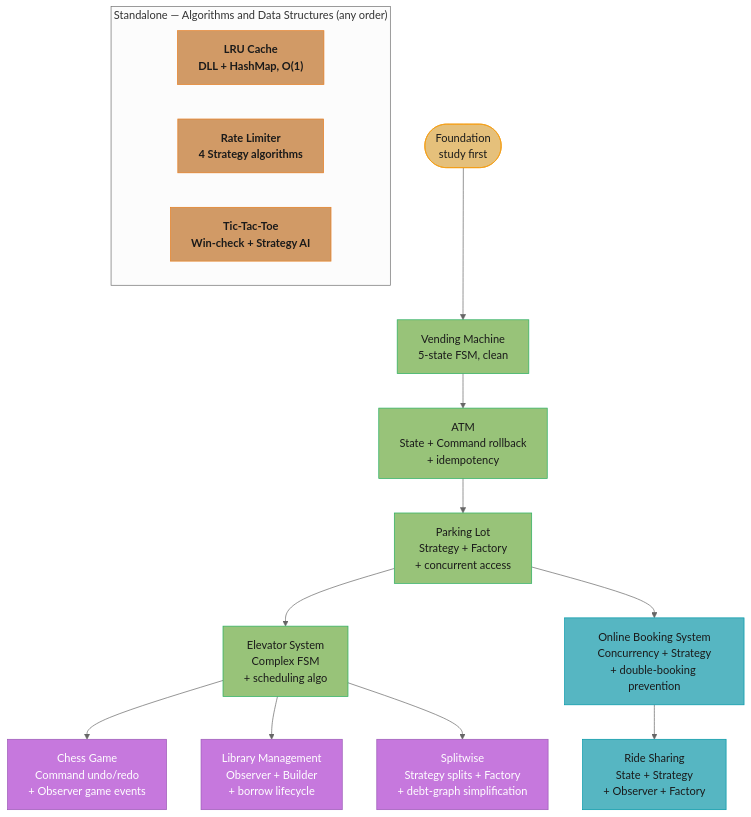
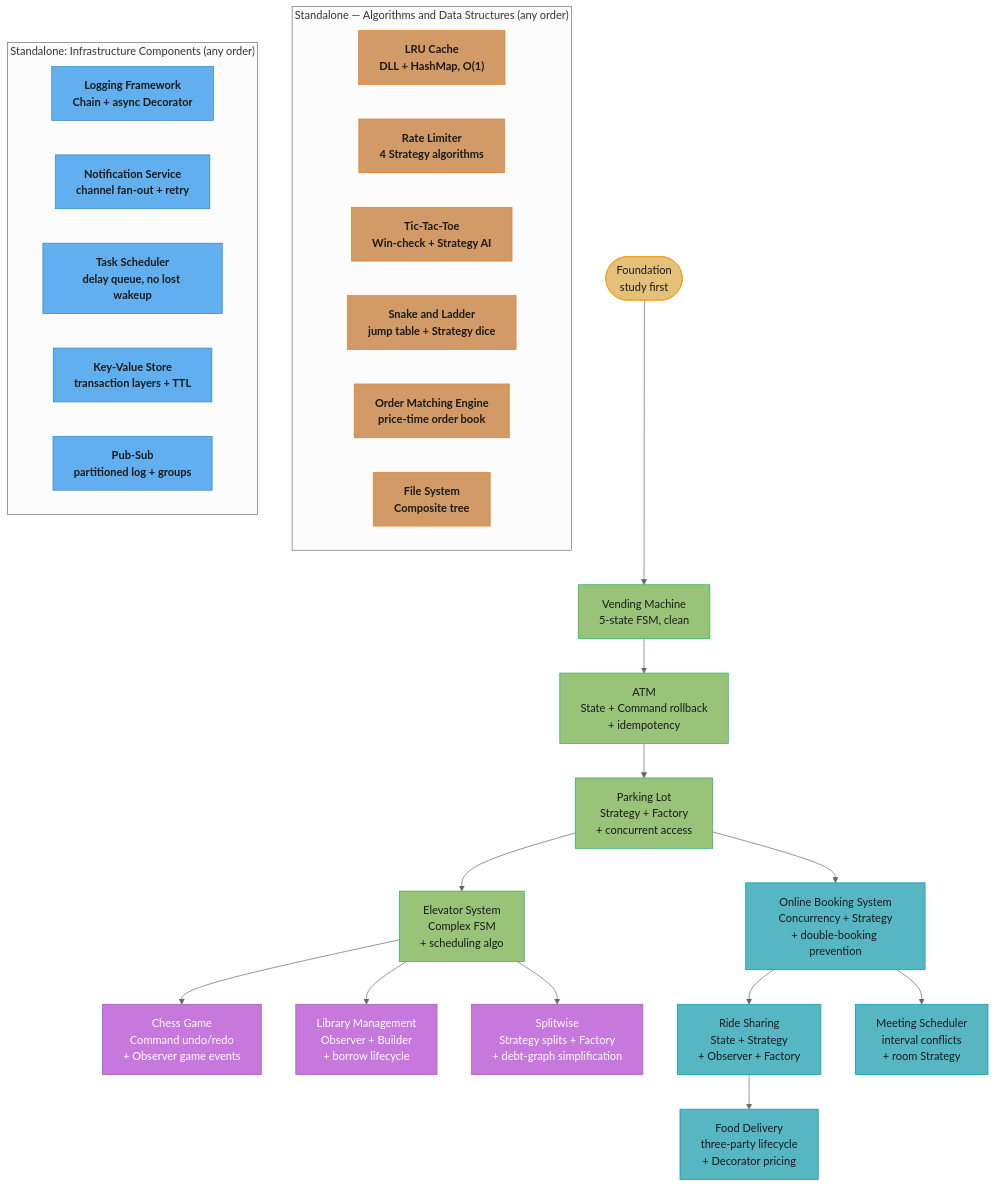
The first of 2 diagrams in src/main/java/com/rutik/systemdesign/lld/case_studies/case_studies.md (rppol/system-design), drawn with Mermaid (neutral theme) before and after one commit. The commit also changed other lines of this file and 62 other files, not shown here.

````diff
--- a/src/main/java/com/rutik/systemdesign/lld/case_studies/case_studies.md
+++ b/src/main/java/com/rutik/systemdesign/lld/case_studies/case_studies.md
@@ -105,32 +121,46 @@
 ```mermaid
 flowchart TD
     classDef io      fill:#61afef,stroke:#2e86c1,color:#1a1a1a,font-weight:bold
     classDef frozen  fill:#c678dd,stroke:#9b59b6,color:#fff
     classDef train   fill:#98c379,stroke:#27ae60,color:#1a1a1a
     classDef mathOp  fill:#d19a66,stroke:#e67e22,color:#1a1a1a,font-weight:bold
     classDef lossN   fill:#e06c75,stroke:#c0392b,color:#fff,font-weight:bold
     classDef req     fill:#56b6c2,stroke:#0097a7,color:#1a1a1a
     classDef base    fill:#e5c07b,stroke:#f39c12,color:#1a1a1a
 
     F(["Foundation<br/>study first"]) --> VM["Vending Machine<br/>5-state FSM, clean"]
     VM --> ATM["ATM<br/>State + Command rollback<br/>+ idempotency"]
     ATM --> PL["Parking Lot<br/>Strategy + Factory<br/>+ concurrent access"]
     PL --> ES["Elevator System<br/>Complex FSM<br/>+ scheduling algo"]
     PL --> OBS["Online Booking System<br/>Concurrency + Strategy<br/>+ double-booking prevention"]
     OBS --> RS["Ride Sharing<br/>State + Strategy<br/>+ Observer + Factory"]
     ES --> CG["Chess Game<br/>Command undo/redo<br/>+ Observer game events"]
     ES --> LM["Library Management<br/>Observer + Builder<br/>+ borrow lifecycle"]
     ES --> SW["Splitwise<br/>Strategy splits + Factory<br/>+ debt-graph simplification"]
+    RS --> FD["Food Delivery<br/>three-party lifecycle<br/>+ Decorator pricing"]
+    OBS --> MS["Meeting Scheduler<br/>interval conflicts<br/>+ room Strategy"]
 
     subgraph SA["Standalone — Algorithms and Data Structures (any order)"]
         LRU["LRU Cache<br/>DLL + HashMap, O(1)"]
         RL["Rate Limiter<br/>4 Strategy algorithms"]
         TTT["Tic-Tac-Toe<br/>Win-check + Strategy AI"]
+        SNL["Snake and Ladder<br/>jump table + Strategy dice"]
+        OME["Order Matching Engine<br/>price-time order book"]
+        FS["File System<br/>Composite tree"]
+    end
+
+    subgraph INF["Standalone: Infrastructure Components (any order)"]
+        LOG["Logging Framework<br/>Chain + async Decorator"]
+        NS["Notification Service<br/>channel fan-out + retry"]
+        TS["Task Scheduler<br/>delay queue, no lost wakeup"]
+        KV["Key-Value Store<br/>transaction layers + TTL"]
+        PS["Pub-Sub<br/>partitioned log + groups"]
     end
 
     class F base
     class VM,ATM,PL,ES train
-    class OBS,RS req
+    class OBS,RS,FD,MS req
     class CG,LM,SW frozen
-    class LRU,RL,TTT mathOp
+    class LRU,RL,TTT,SNL,OME,FS mathOp
+    class LOG,NS,TS,KV,PS io
 ```
````
